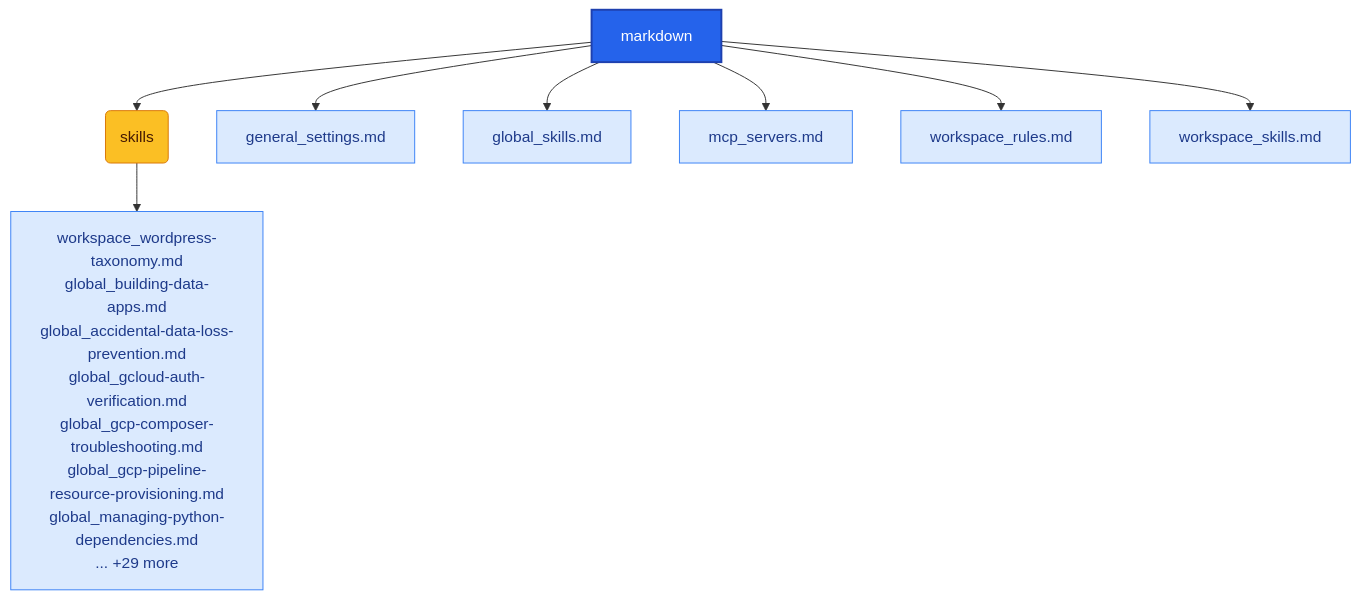
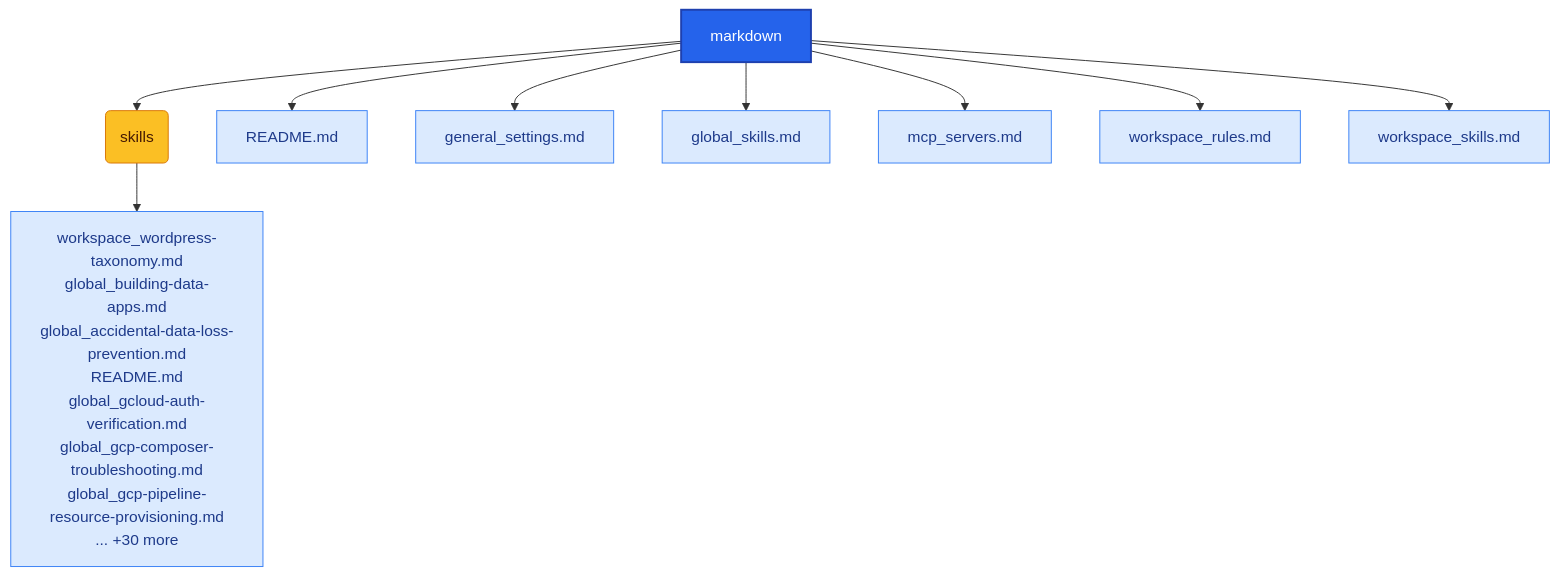
The diagram in projects/antigravity-export-html5/dist/markdown/README.md (Richie086/scripts-public), drawn with Mermaid before and after one commit. The commit also changed 9 other files, not shown here.

````diff
--- a/projects/antigravity-export-html5/dist/markdown/README.md
+++ b/projects/antigravity-export-html5/dist/markdown/README.md
@@ -11,13 +11,14 @@
 ```mermaid
 graph TD
 	root["markdown"]:::root --> n1("skills"):::folder
-	root["markdown"]:::root --> n2["general_settings.md"]:::file-md
-	root["markdown"]:::root --> n3["global_skills.md"]:::file-md
-	root["markdown"]:::root --> n4["mcp_servers.md"]:::file-md
-	root["markdown"]:::root --> n5["workspace_rules.md"]:::file-md
-	root["markdown"]:::root --> n6["workspace_skills.md"]:::file-md
-	n1 --> n1_36["workspace_wordpress-taxonomy.md<br>global_building-data-apps.md<br>global_accidental-data-loss-prevention.md<br>global_gcloud-auth-verification.md<br>global_gcp-composer-troubleshooting.md<br>global_gcp-pipeline-resource-provisioning.md<br>global_managing-python-dependencies.md<br>... +29 more"]:::file-md
+	root["markdown"]:::root --> n2["README.md"]:::file-md
+	root["markdown"]:::root --> n3["general_settings.md"]:::file-md
+	root["markdown"]:::root --> n4["global_skills.md"]:::file-md
+	root["markdown"]:::root --> n5["mcp_servers.md"]:::file-md
+	root["markdown"]:::root --> n6["workspace_rules.md"]:::file-md
+	root["markdown"]:::root --> n7["workspace_skills.md"]:::file-md
+	n1 --> n1_37["workspace_wordpress-taxonomy.md<br>global_building-data-apps.md<br>global_accidental-data-loss-prevention.md<br>README.md<br>global_gcloud-auth-verification.md<br>global_gcp-composer-troubleshooting.md<br>global_gcp-pipeline-resource-provisioning.md<br>... +30 more"]:::file-md
 classDef root fill:#2563eb,stroke:#1e40af,stroke-width:2px,color:#ffffff;
 classDef folder fill:#fbbf24,stroke:#d97706,stroke-width:1px,color:#451a03;
 classDef file-md fill:#dbeafe,stroke:#3b82f6,stroke-width:1px,color:#1e3a8a;
 ```
````
